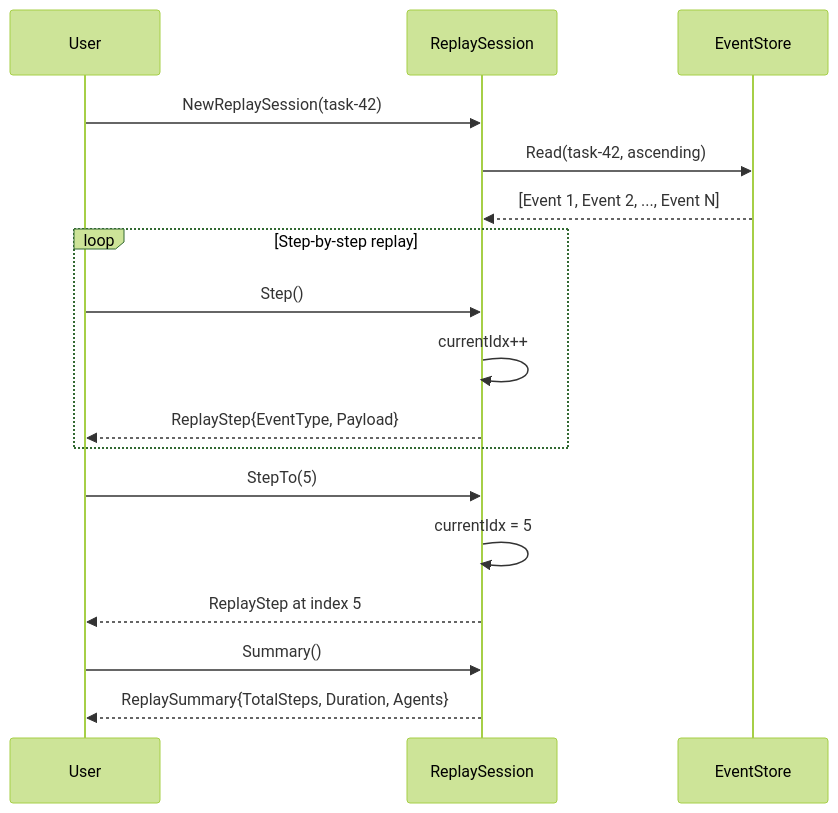
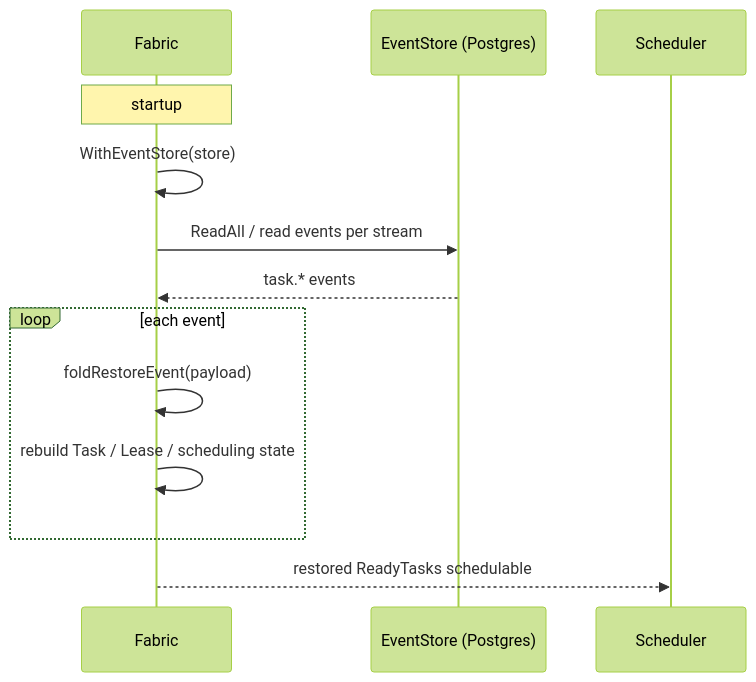
One commit to Timwood0x10/ARES changed the fifth of 6 diagrams in docs/articles/en/08-event-system-deep-dive.md. Above: the diagram before and after it, drawn with Mermaid (forest theme). The commit also changed other lines of this file and 2423 other files, not shown here.

````diff
--- a/docs/articles/en/08-event-system-deep-dive.md
+++ b/docs/articles/en/08-event-system-deep-dive.md
@@ -277,23 +347,16 @@
 ```mermaid
 sequenceDiagram
-    participant User as User
-    participant RS as ReplaySession
-    participant Store as EventStore
+    participant F as Fabric
+    participant ES as EventStore (Postgres)
+    participant R as Scheduler
 
-    User->>RS: NewReplaySession(task-42)
-    RS->>Store: Read(task-42, ascending)
-    Store-->>RS: [Event 1, Event 2, ..., Event N]
-
-    loop Step-by-step replay
-        User->>RS: Step()
-        RS->>RS: currentIdx++
-        RS-->>User: ReplayStep{EventType, Payload}
+    Note over F: startup
+    F->>F: WithEventStore(store)
+    F->>ES: ReadAll / read events per stream
+    ES-->>F: task.* events
+    loop each event
+        F->>F: foldRestoreEvent(payload)
+        F->>F: rebuild Task / Lease / scheduling state
     end
-
-    User->>RS: StepTo(5)
-    RS->>RS: currentIdx = 5
-    RS-->>User: ReplayStep at index 5
-
-    User->>RS: Summary()
-    RS-->>User: ReplaySummary{TotalSteps, Duration, Agents}
+    F-->>R: restored ReadyTasks schedulable
 ```
````
